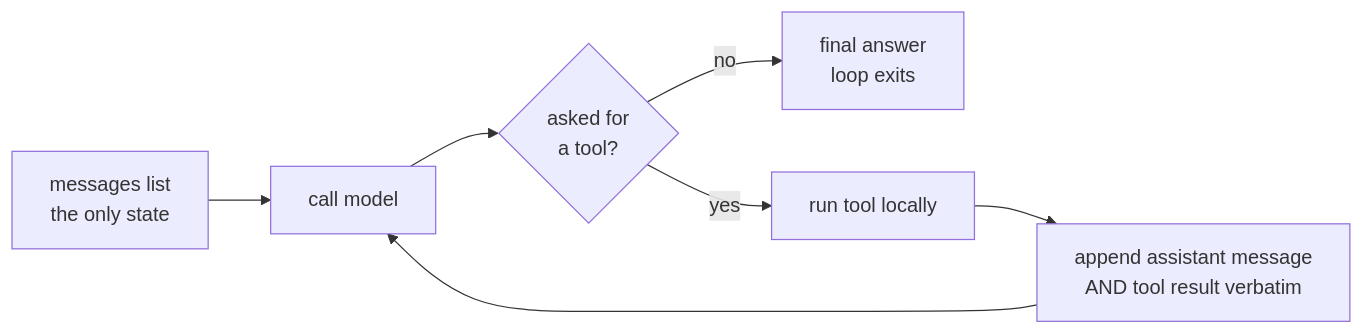
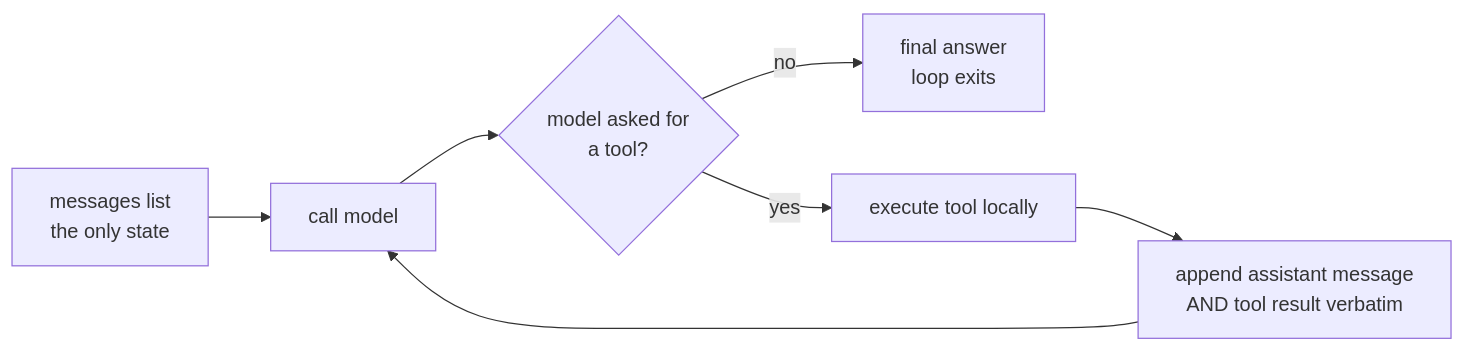
The diagram in lessons/src/S01-agent-loop.md (macayaven/agent-harness-path), drawn with Mermaid before and after one commit. The commit also changed other lines of this file and 29 other files, not shown here.

````diff
--- a/lessons/src/S01-agent-loop.md
+++ b/lessons/src/S01-agent-loop.md
@@ -46,9 +46,9 @@
 ```mermaid
 flowchart LR
     M[messages list<br/>the only state] --> C[call model]
-    C --> D{asked for<br/>a tool?}
+    C --> D{model asked for<br/>a tool?}
     D -- no --> E[final answer<br/>loop exits]
-    D -- yes --> X[run tool locally]
+    D -- yes --> X[execute tool locally]
     X --> A[append assistant message<br/>AND tool result verbatim]
     A --> C
 ```
````
